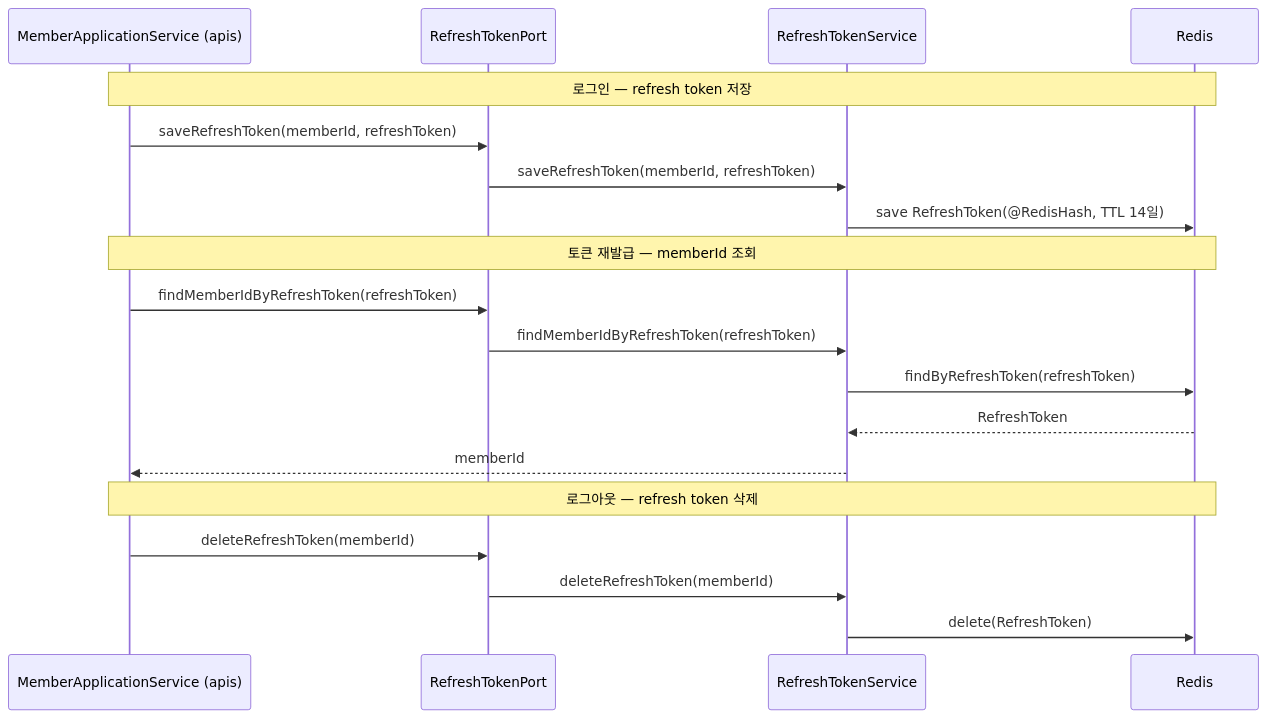
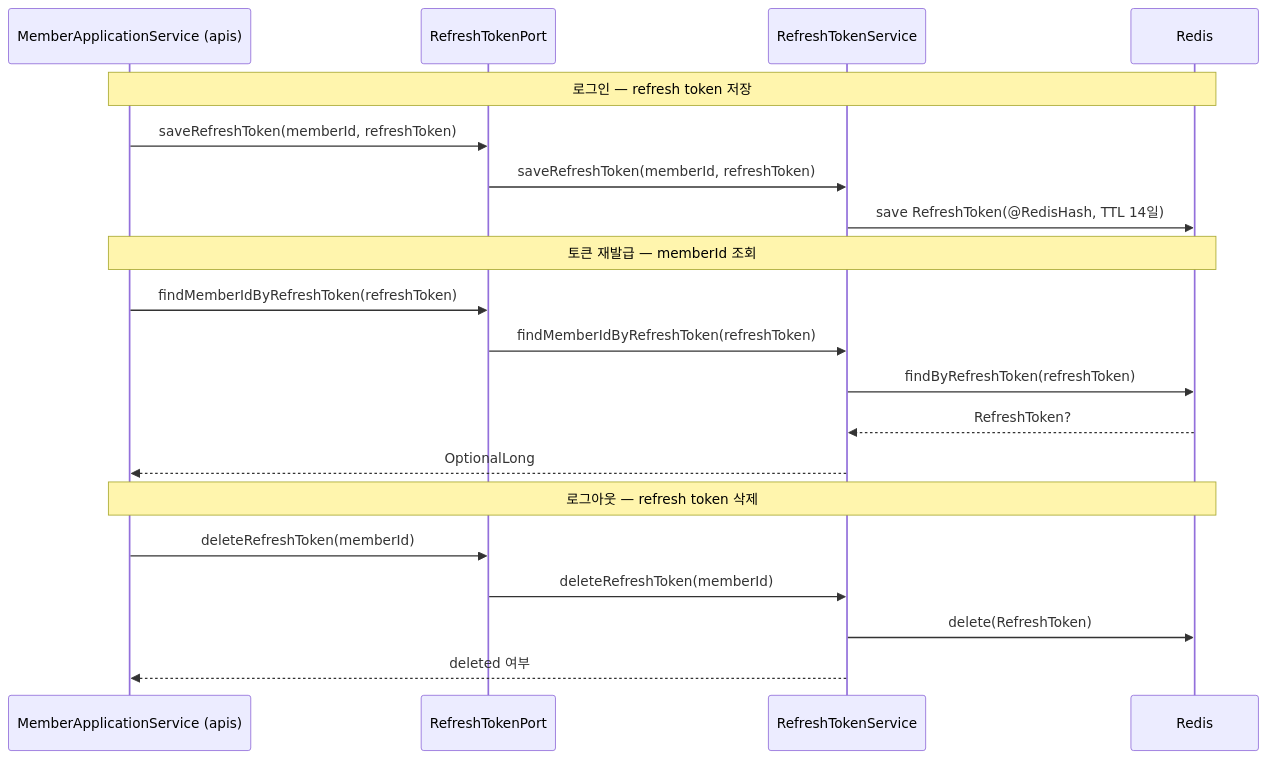
Before and after one commit to TEAM-BEAT/BEAT-SERVER: the fourth of 4 diagrams in gateway/README.md, drawn with Mermaid. The commit also changed other lines of this file and 78 other files, not shown here.

````diff
--- a/gateway/README.md
+++ b/gateway/README.md
@@ -205,24 +244,25 @@
 ```mermaid
 sequenceDiagram
     participant App as MemberApplicationService (apis)
     participant Port as RefreshTokenPort
     participant Svc as RefreshTokenService
     participant Redis as Redis
 
     Note over App,Redis: 로그인 — refresh token 저장
     App->>Port: saveRefreshToken(memberId, refreshToken)
     Port->>Svc: saveRefreshToken(memberId, refreshToken)
     Svc->>Redis: save RefreshToken(@RedisHash, TTL 14일)
 
     Note over App,Redis: 토큰 재발급 — memberId 조회
     App->>Port: findMemberIdByRefreshToken(refreshToken)
     Port->>Svc: findMemberIdByRefreshToken(refreshToken)
     Svc->>Redis: findByRefreshToken(refreshToken)
-    Redis-->>Svc: RefreshToken
-    Svc-->>App: memberId
+    Redis-->>Svc: RefreshToken?
+    Svc-->>App: OptionalLong
 
     Note over App,Redis: 로그아웃 — refresh token 삭제
     App->>Port: deleteRefreshToken(memberId)
     Port->>Svc: deleteRefreshToken(memberId)
     Svc->>Redis: delete(RefreshToken)
+    Svc-->>App: deleted 여부
 ```
````
